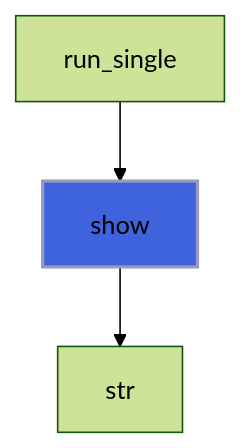
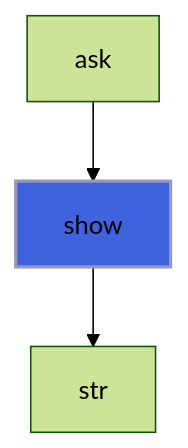
The seventh of 12 diagrams in docs/api/src/lib/flap_menu_t.md (szaghi/FLAP), drawn with Mermaid (forest theme) before and after one commit. The commit also changed other lines of this file and 9 other files, not shown here.

````diff
--- a/docs/api/src/lib/flap_menu_t.md
+++ b/docs/api/src/lib/flap_menu_t.md
@@ -215,6 +281,6 @@
 ```mermaid
 flowchart TD
-  run_single["run_single"] --> show["show"]
+  ask["ask"] --> show["show"]
   show["show"] --> str["str"]
   style show fill:#3e63dd,stroke:#99b,stroke-width:2px
 ```
````
